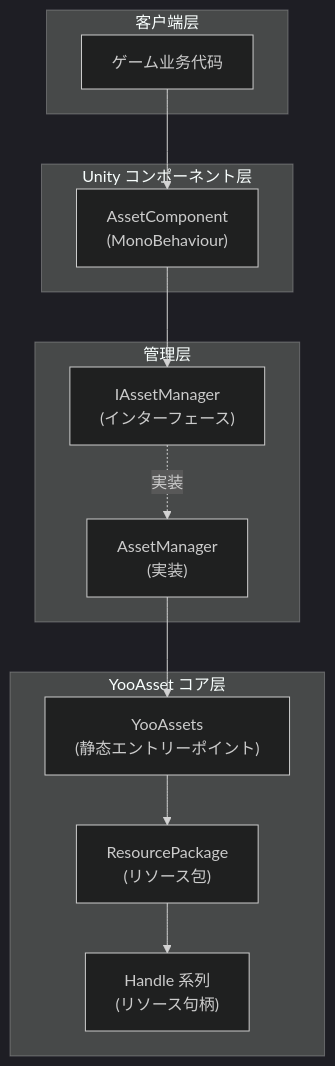
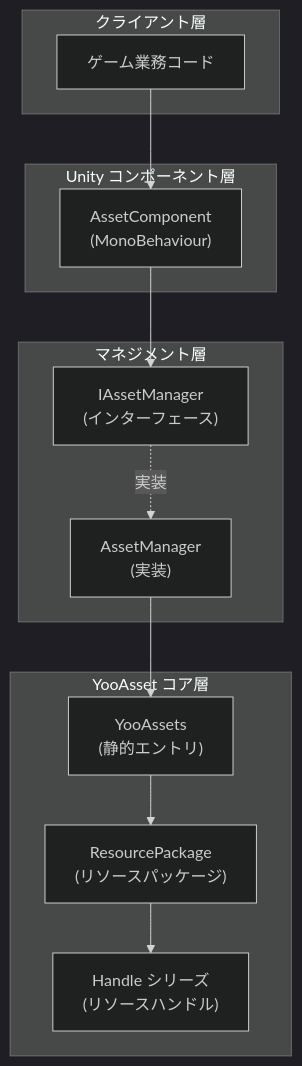
The first of 3 diagrams in docs/ja/client/unity/component/asset/11.loading-api.md (AlianBlank/GameFrameX.Docs), drawn with Mermaid (dark theme) before and after one commit. The commit also changed other lines of this file and 320 other files, not shown here.

````diff
--- a/docs/ja/client/unity/component/asset/11.loading-api.md
+++ b/docs/ja/client/unity/component/asset/11.loading-api.md
@@ -22,28 +22,28 @@
 ```mermaid
 flowchart TD
-    subgraph Client["客户端层"]
-        GameCode["ゲーム业务代码"]
+    subgraph Client["クライアント層"]
+        GameCode["ゲーム業務コード"]
     end
 
-    subgraph Unity["Unity コンポーネント层"]
+    subgraph Unity["Unity コンポーネント層"]
         AssetComp["AssetComponent<br/>(MonoBehaviour)"]
     end
 
-    subgraph Manager["管理层"]
+    subgraph Manager["マネジメント層"]
         IAssetManager["IAssetManager<br/>(インターフェース)"]
         AssetMgr["AssetManager<br/>(実装)"]
     end
 
-    subgraph YooAsset["YooAsset コア层"]
-        YooAssets["YooAssets<br/>(静态エントリーポイント)"]
-        ResourcePackage["ResourcePackage<br/>(リソース包)"]
-        Handles["Handle 系列<br/>(リソース句柄)"]
+    subgraph YooAsset["YooAsset コア層"]
+        YooAssets["YooAssets<br/>(静的エントリ)"]
+        ResourcePackage["ResourcePackage<br/>(リソースパッケージ)"]
+        Handles["Handle シリーズ<br/>(リソースハンドル)"]
     end
 
     GameCode --> AssetComp
     AssetComp --> IAssetManager
     IAssetManager -.->|実装| AssetMgr
     AssetMgr --> YooAssets
     YooAssets --> ResourcePackage
     ResourcePackage --> Handles
 ```
````
